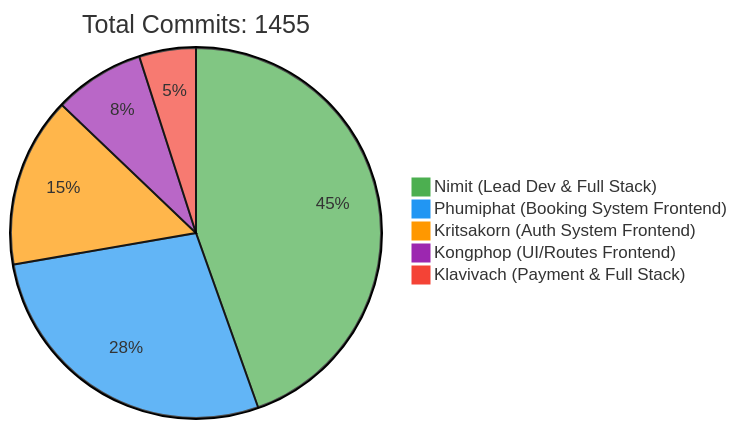
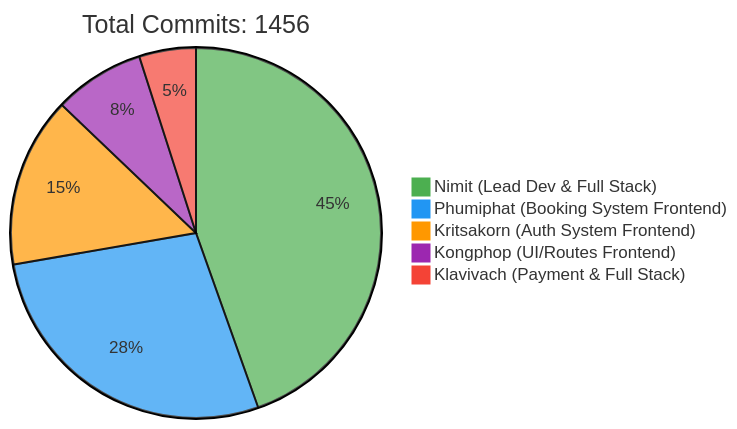
Before and after one commit to 6531503042/Sport-Complex: the first of 2 diagrams in README.md, drawn with Mermaid. The commit also changed other lines of this file, not shown here.

Commit message:
docs: Update contributor statistics [skip ci]

````diff
--- a/README.md
+++ b/README.md
@@ -257,10 +257,10 @@
 ```mermaid
 %%{init: {'theme': 'base', 'themeVariables': { 'pie1': '#4CAF50', 'pie2': '#2196F3', 'pie3': '#FF9800', 'pie4': '#9C27B0', 'pie5': '#F44336'}}}%%
 pie
-    title Total Commits: 1455
+    title Total Commits: 1456
     "Nimit (Lead Dev & Full Stack)" : 450
     "Phumiphat (Booking System Frontend)" : 280
     "Kritsakorn (Auth System Frontend)" : 150
     "Kongphop (UI/Routes Frontend)" : 80
     "Klavivach (Payment & Full Stack)" : 50
 ```
````
